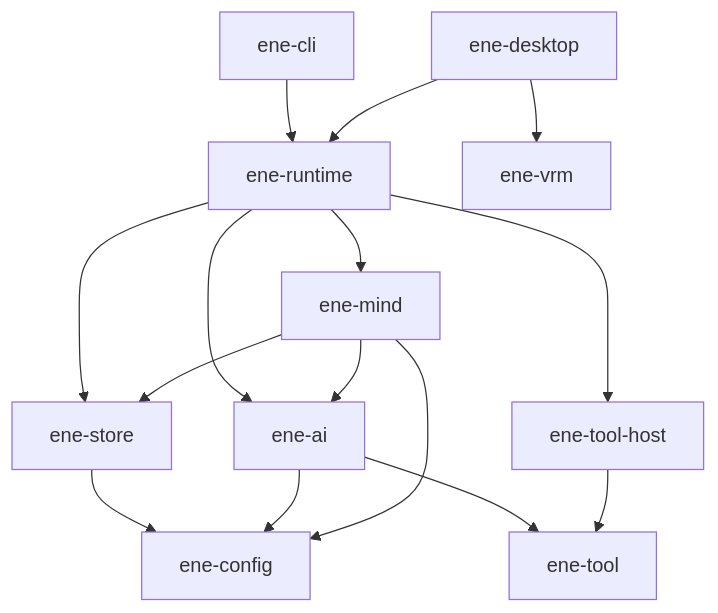
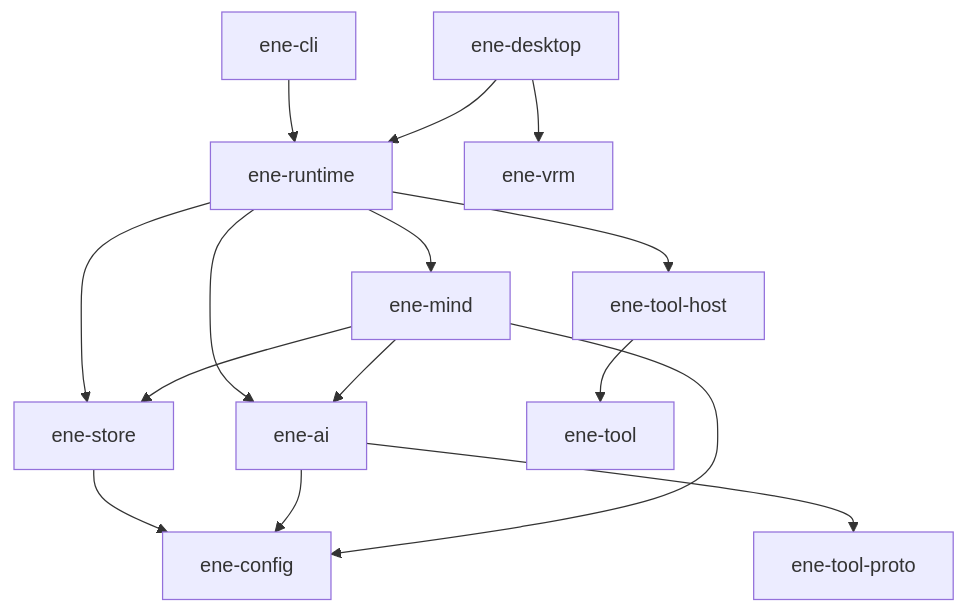
Before and after one commit to pexisgle/ene: the diagram in docs/architecture/api-v2.md, drawn with Mermaid. The commit also changed other lines of this file and 65 other files, not shown here.

````diff
--- a/docs/architecture/api-v2.md
+++ b/docs/architecture/api-v2.md
@@ -63,17 +63,17 @@
 ```mermaid
 flowchart TD
   cli["ene-cli"] --> runtime["ene-runtime"]
   desktop["ene-desktop"] --> runtime
   desktop --> vrm["ene-vrm"]
   runtime --> mind["ene-mind"]
   runtime --> store["ene-store"]
   runtime --> ai["ene-ai"]
   runtime --> toolHost["ene-tool-host"]
   mind --> store
   mind --> ai
-  ai --> tool["ene-tool"]
-  toolHost --> tool
+  ai --> toolProto["ene-tool-proto"]
+  toolHost --> tool["ene-tool"]
   store --> config["ene-config"]
   ai --> config
   mind --> config
 ```
````
